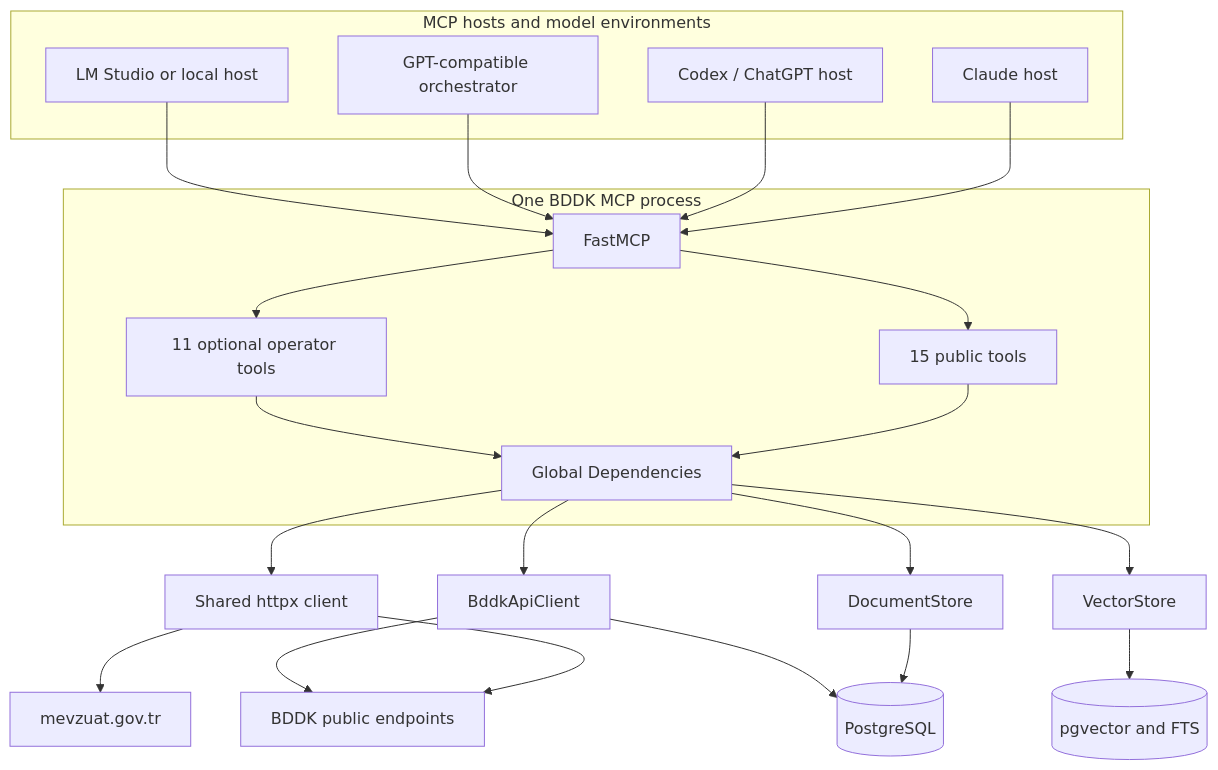
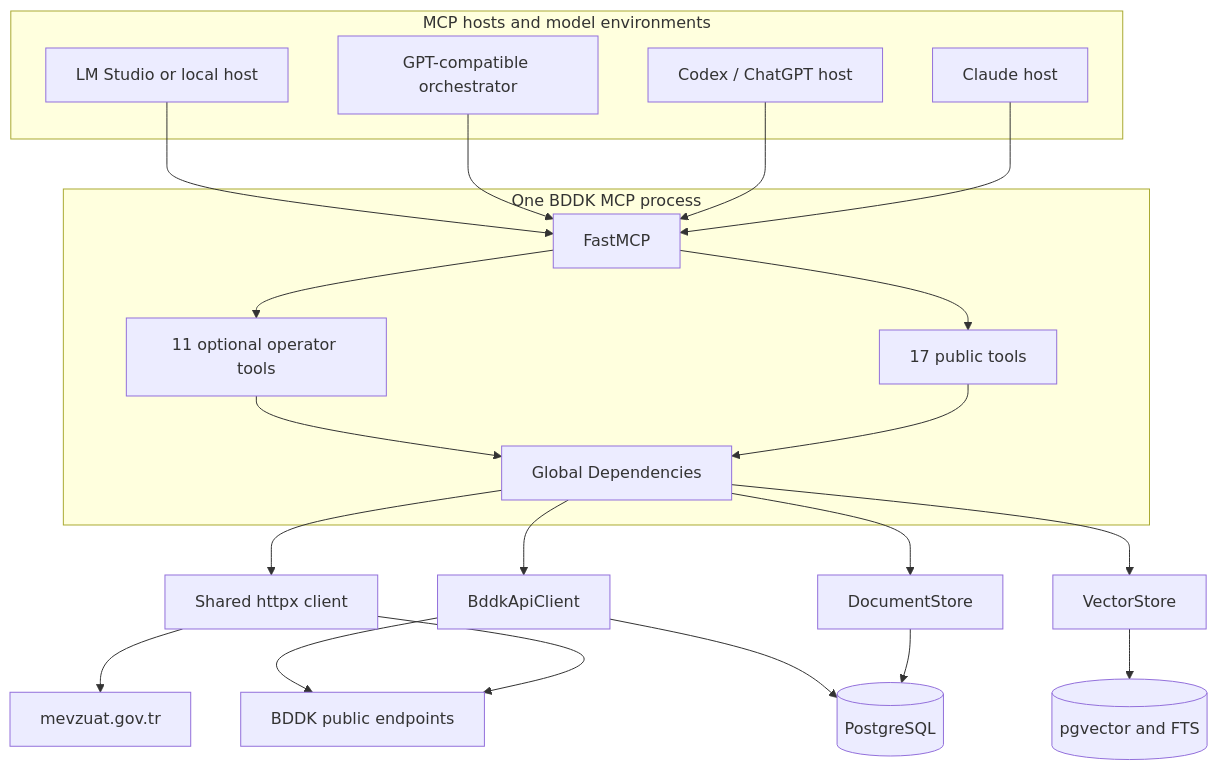
Before and after one commit to omercagatay/bddk-mcp: the second of 5 diagrams in docs/ARCHITECTURE.md, drawn with Mermaid. The commit also changed other lines of this file and 75 other files, not shown here.

```diff
--- a/docs/ARCHITECTURE.md
+++ b/docs/ARCHITECTURE.md
@@ -92,37 +92,37 @@
 ~~~mermaid
 flowchart TB
     subgraph Hosts[MCP hosts and model environments]
         Claude[Claude host]
         Codex[Codex / ChatGPT host]
         GPT[GPT-compatible orchestrator]
         LM[LM Studio or local host]
     end
 
     Claude --> MCP
     Codex --> MCP
     GPT --> MCP
     LM --> MCP
 
     subgraph Runtime[One BDDK MCP process]
         MCP[FastMCP]
-        Public[15 public tools]
+        Public[17 public tools]
         Admin[11 optional operator tools]
         Deps[Global Dependencies]
         MCP --> Public
         MCP --> Admin
         Public --> Deps
         Admin --> Deps
     end
 
     Deps --> HTTP[Shared httpx client]
     Deps --> Store[DocumentStore]
     Deps --> Vector[VectorStore]
     Deps --> Client[BddkApiClient]
 
     HTTP --> BDDK[BDDK public endpoints]
     HTTP --> Mevzuat[mevzuat.gov.tr]
     Store --> DB[(PostgreSQL)]
     Vector --> PGV[(pgvector and FTS)]
     Client --> DB
     Client --> BDDK
 ~~~
```
